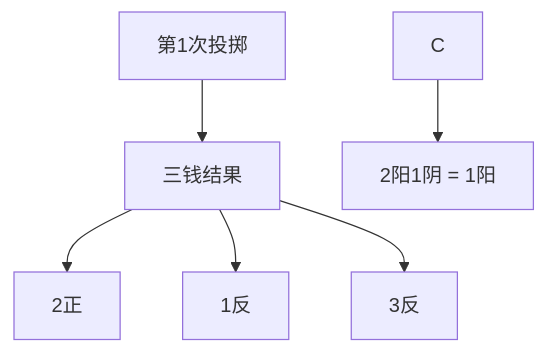
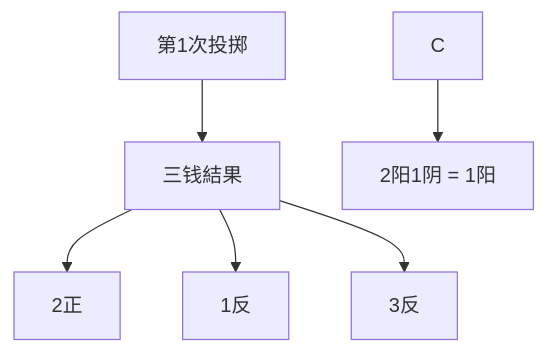
The sixth of 9 diagrams in 3 Resources/04-Interests/易学/03-占卜方法/铜钱卦法.md (kmjade/knowledge-value), drawn with Mermaid before and after one commit. The commit also changed other lines of this file and 653 other files, not shown here.

````diff
--- a/3 Resources/04-Interests/易学/03-占卜方法/铜钱卦法.md
+++ b/3 Resources/04-Interests/易学/03-占卜方法/铜钱卦法.md
@@ -179,10 +179,10 @@
 ```mermaid
 graph TB
-    A[第1次投掷] --> B[三钱结果]
+    A[第1次投掷] --> B[三钱結果]
     
     B --> B1[2正]
     B --> B2[1反]
     B --> B3[3反]
     
     C --> C1[2阳1阴 = 1阳]
 ```
````
